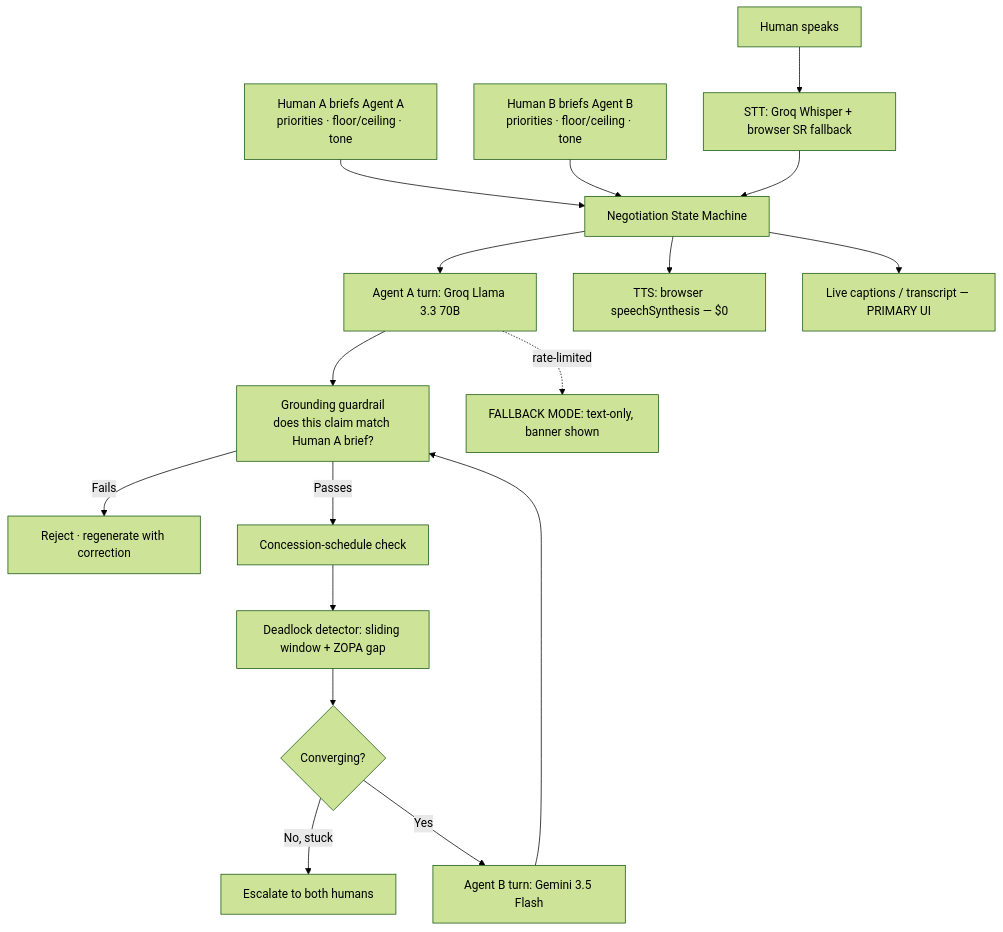
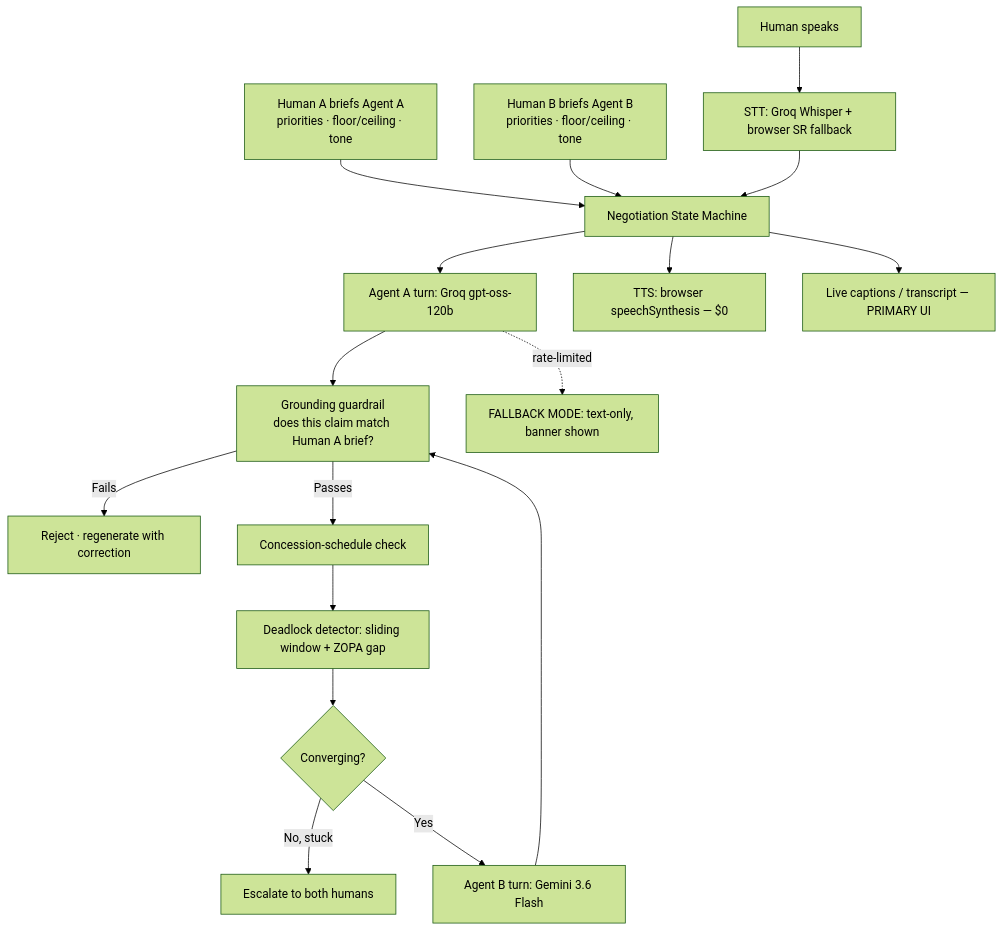
One commit to ankan123basu/Samjhauta changed the diagram in README.md. Above: the diagram before and after it, drawn with Mermaid (forest theme). The commit also changed other lines of this file and 10 other files, not shown here.

````diff
--- a/README.md
+++ b/README.md
@@ -25,19 +25,19 @@
 ```mermaid
 flowchart TD
     A[Human A briefs Agent A\npriorities · floor/ceiling · tone] --> C[Negotiation State Machine]
     B[Human B briefs Agent B\npriorities · floor/ceiling · tone] --> C
-    C --> D[Agent A turn: Groq Llama 3.3 70B]
+    C --> D[Agent A turn: Groq gpt-oss-120b]
     D --> E[Grounding guardrail\ndoes this claim match Human A brief?]
     E -- Fails --> F[Reject · regenerate with correction]
     E -- Passes --> G[Concession-schedule check]
     G --> H[Deadlock detector: sliding window + ZOPA gap]
     H --> I{Converging?}
     I -- No, stuck --> J[Escalate to both humans]
-    I -- Yes --> K[Agent B turn: Gemini 3.5 Flash]
+    I -- Yes --> K[Agent B turn: Gemini 3.6 Flash]
     K --> E
     C --> L[TTS: browser speechSynthesis — $0]
     C --> M[Live captions / transcript — PRIMARY UI]
     N[Human speaks] --> O[STT: Groq Whisper + browser SR fallback]
     O --> C
     D -.rate-limited.-> P[FALLBACK MODE: text-only, banner shown]
 ```
````
